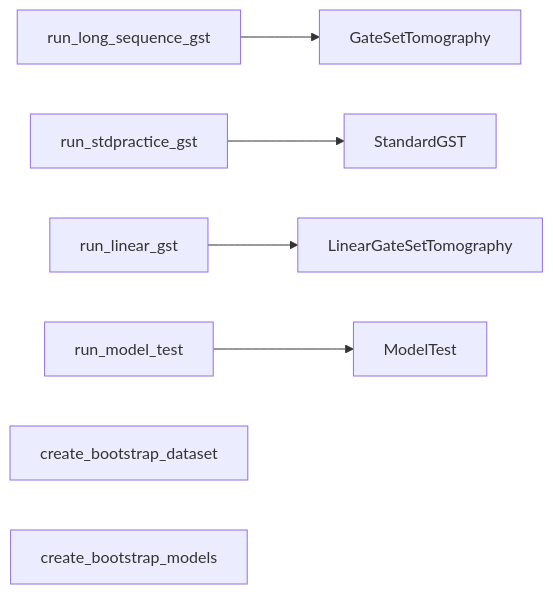
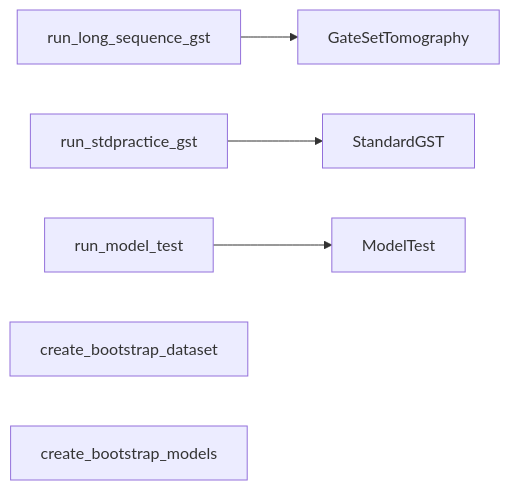
The diagram in agent-docs/04-orchestration/drivers.md (sandialabs/pyGSTi), drawn with Mermaid before and after one commit. The commit also changed other lines of this file and 4 other files, not shown here.

Commit message:
remove broken `run_linear_gst` drivers; update docs to point at `protocols.LGST` (#888)

````diff
--- a/agent-docs/04-orchestration/drivers.md
+++ b/agent-docs/04-orchestration/drivers.md
@@ -13,9 +13,8 @@
 ```mermaid
 flowchart LR
   rls["run_long_sequence_gst"] --> gst["GateSetTomography"]
   rsp["run_stdpractice_gst"] --> sgst["StandardGST"]
-  rlg["run_linear_gst"] --> lgst["LinearGateSetTomography"]
   rmt["run_model_test"] --> mt["ModelTest"]
   cbd["create_bootstrap_dataset"]
   cbm["create_bootstrap_models"]
 ```
````
